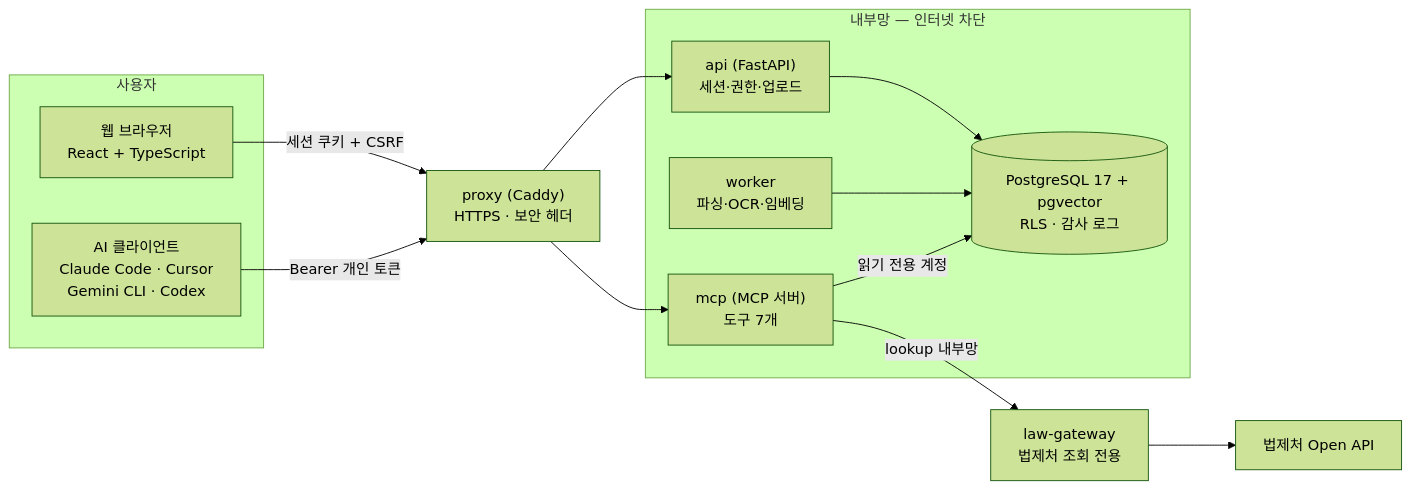
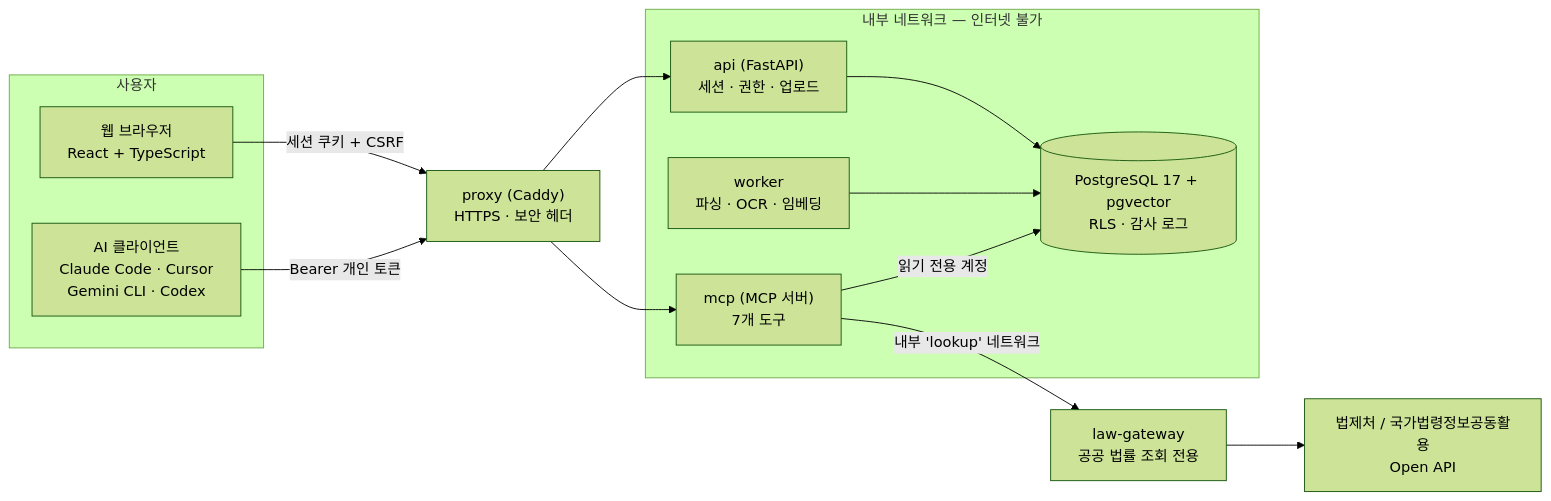
The first of 3 diagrams in README.md (agii990114-ctrl/lawca-mcp), drawn with Mermaid (forest theme) before and after one commit. The commit also changed other lines of this file and 1 other file, not shown here.

````diff
--- a/README.md
+++ b/README.md
@@ -42,22 +42,23 @@
 ```mermaid
 flowchart LR
     subgraph Users["사용자"]
         W["웹 브라우저<br/>React + TypeScript"]
         C["AI 클라이언트<br/>Claude Code · Cursor<br/>Gemini CLI · Codex"]
     end
     P["proxy (Caddy)<br/>HTTPS · 보안 헤더"]
-    subgraph Internal["내부망 — 인터넷 차단"]
-        API["api (FastAPI)<br/>세션·권한·업로드"]
-        M["mcp (MCP 서버)<br/>도구 7개"]
-        WK["worker<br/>파싱·OCR·임베딩"]
+    subgraph Internal["내부 네트워크 — 인터넷 불가"]
+        API["api (FastAPI)<br/>세션 · 권한 · 업로드"]
+        M["mcp (MCP 서버)<br/>7개 도구"]
+        WK["worker<br/>파싱 · OCR · 임베딩"]
         DB[("PostgreSQL 17 + pgvector<br/>RLS · 감사 로그")]
     end
-    G["law-gateway<br/>법제처 조회 전용"]
-    L["법제처 Open API"]
+    G["law-gateway<br/>공공 법률 조회 전용"]
+    L["법제처 / 국가법령정보공동활용<br/>Open API"]
     W -- "세션 쿠키 + CSRF" --> P --> API
     C -- "Bearer 개인 토큰" --> P --> M
     API --> DB
     WK --> DB
     M -- "읽기 전용 계정" --> DB
-    M -- "lookup 내부망" --> G --> L
+    M -- "내부 'lookup' 네트워크" --> G --> L
+
 ```
````
